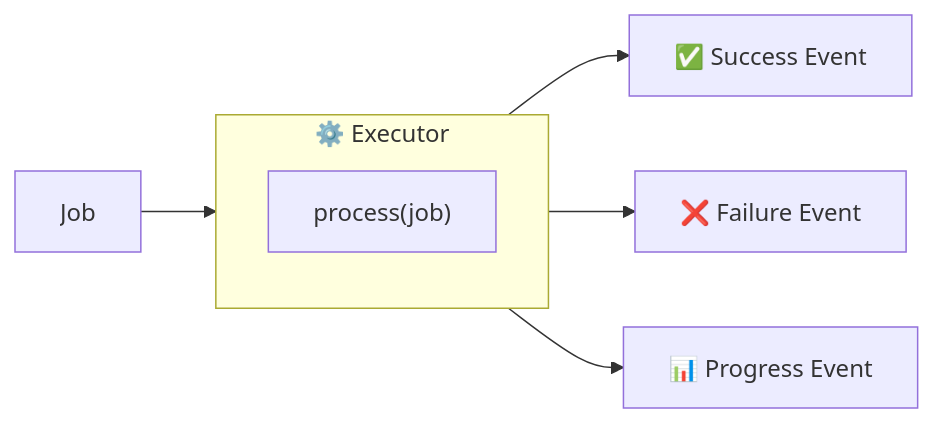
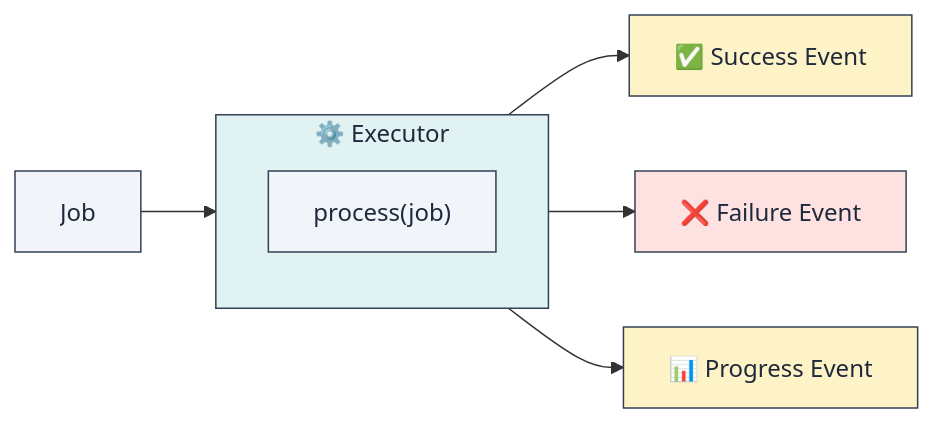
One commit to lploc94/flutter_orchestrator changed the seventh of 11 diagrams in book/chapters/02_architecture_concepts.md. Above: the diagram before and after it, drawn with Mermaid. The commit also changed other lines of this file and 3 other files, not shown here.

````diff
--- a/book/chapters/02_architecture_concepts.md
+++ b/book/chapters/02_architecture_concepts.md
@@ -197,11 +225,18 @@
 ```mermaid
 graph LR
     subgraph Executor["⚙️ Executor"]
         Process["process(job)"]
     end
     
     Job["Job"] --> Executor
     Executor --> Success["✅ Success Event"]
     Executor --> Failure["❌ Failure Event"]
     Executor --> Progress["📊 Progress Event"]
+    
+    style Executor fill:#e0f2f1,stroke:#334155,color:#1e293b
+    style Process fill:#f1f5f9,stroke:#334155,color:#1e293b
+    style Job fill:#f1f5f9,stroke:#334155,color:#1e293b
+    style Success fill:#fef3c7,stroke:#334155,color:#1e293b
+    style Failure fill:#fee2e2,stroke:#334155,color:#1e293b
+    style Progress fill:#fef3c7,stroke:#334155,color:#1e293b
 ```
````
